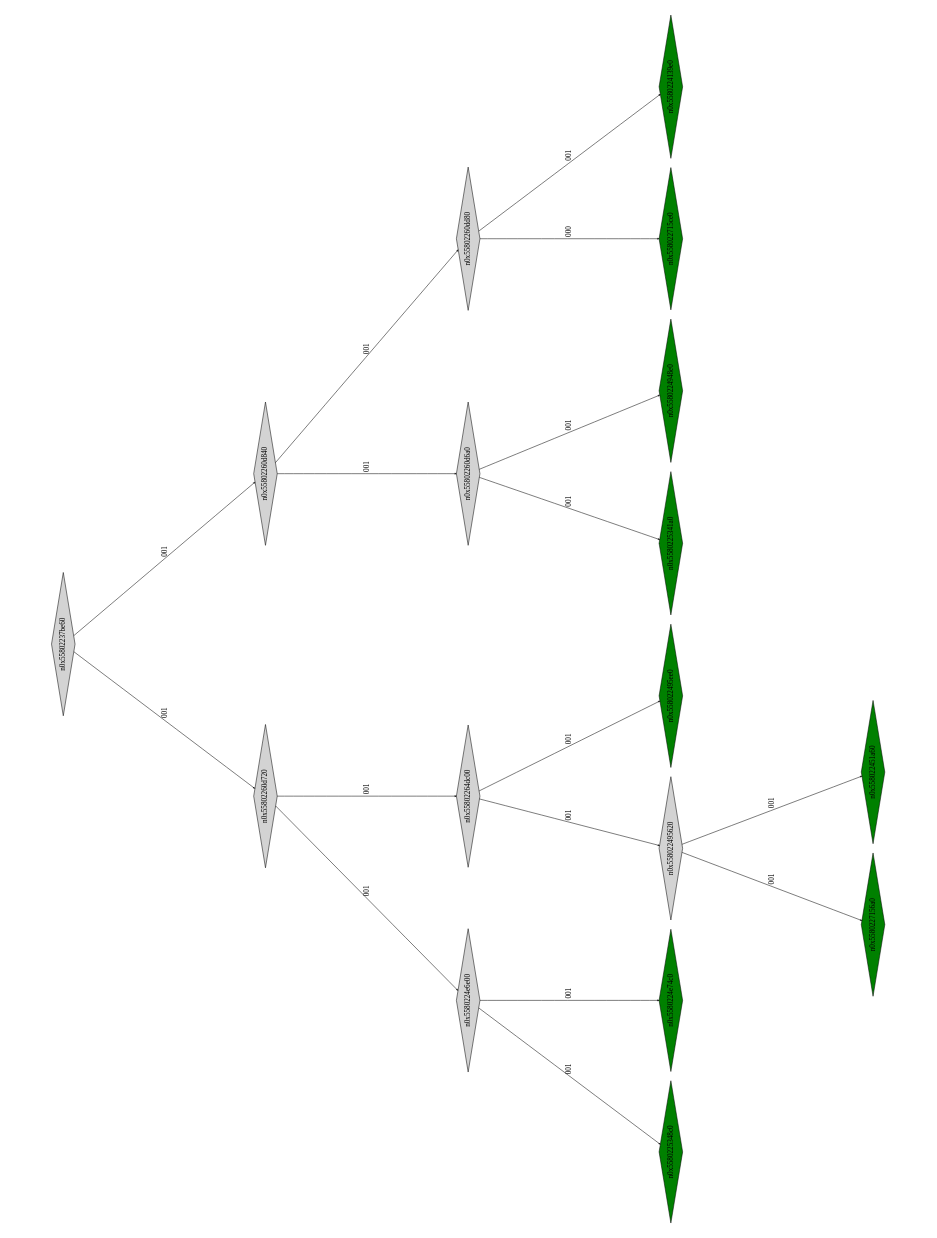
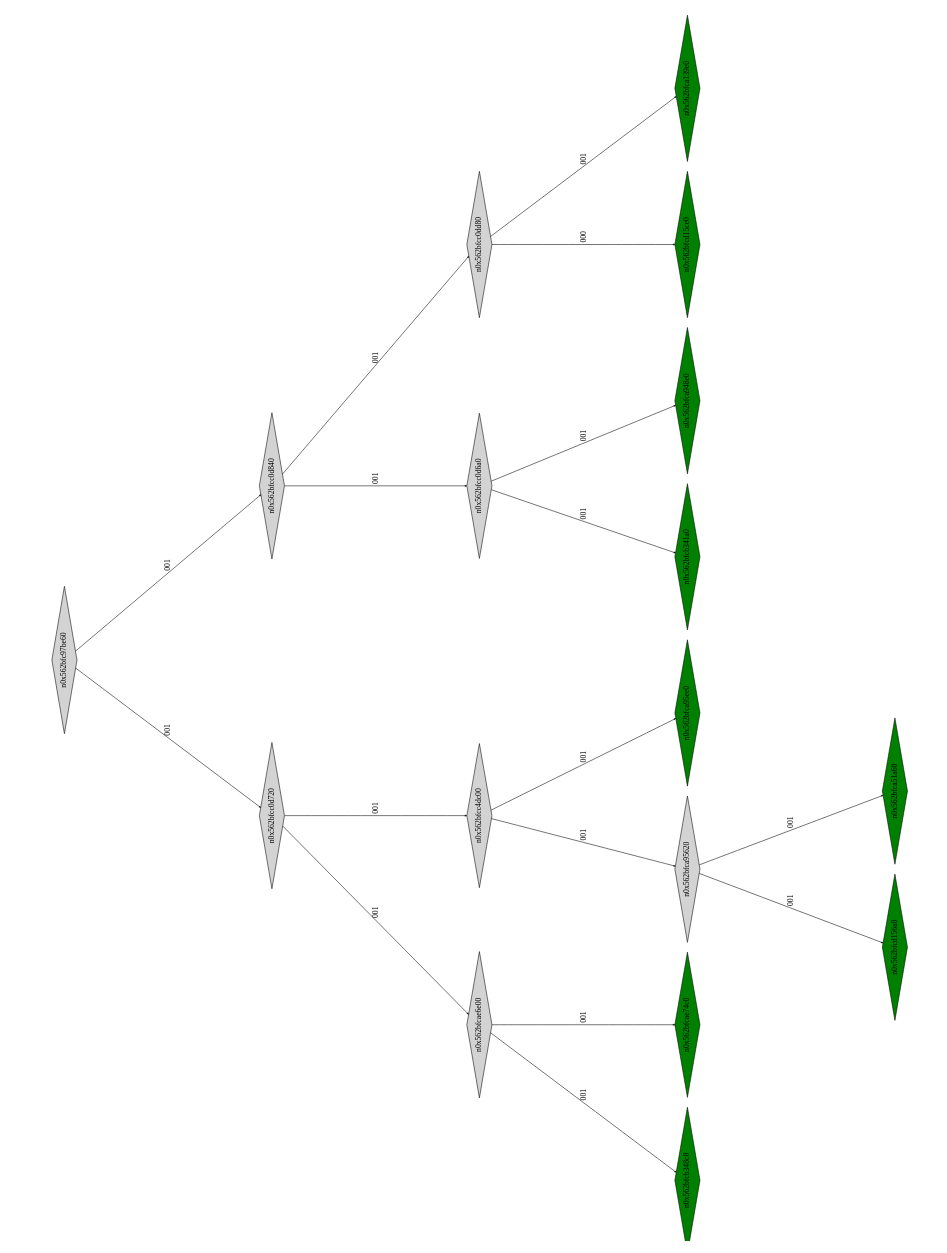
One commit to Research-Tools-PAVT/PSE-Program-Examples changed the diagram in montyhall_klee_out/ptree_00020970.dot. Above: the diagram before and after it, drawn with Graphviz. The commit also changed 60 other files, not shown here.

```diff
--- a/montyhall_klee_out/ptree_00020970.dot
+++ b/montyhall_klee_out/ptree_00020970.dot
@@ -1,41 +1,41 @@
 digraph G {
 	size="10,7.5";
 	ratio=fill;
 	rotate=90;
 	center = "true";
 	node [style="filled",width=.1,height=.1,fontname="Terminus"]
 	edge [arrowsize=.3]
-	n0x55802237be60 [shape=diamond];
-	n0x55802237be60 -> n0x55802260d720 [label=001];
-	n0x55802237be60 -> n0x55802260d840 [label=001];
-	n0x55802260d840 [shape=diamond];
-	n0x55802260d840 -> n0x55802260d6a0 [label=001];
-	n0x55802260d840 -> n0x55802260dd80 [label=001];
-	n0x55802260dd80 [shape=diamond];
-	n0x55802260dd80 -> n0x558022715ce0 [label=000];
-	n0x55802260dd80 -> n0x5580224139e0 [label=001];
-	n0x5580224139e0 [shape=diamond,fillcolor=green];
-	n0x558022715ce0 [shape=diamond,fillcolor=green];
-	n0x55802260d6a0 [shape=diamond];
-	n0x55802260d6a0 -> n0x5580225341a0 [label=001];
-	n0x55802260d6a0 -> n0x5580224948e0 [label=001];
-	n0x5580224948e0 [shape=diamond,fillcolor=green];
-	n0x5580225341a0 [shape=diamond,fillcolor=green];
-	n0x55802260d720 [shape=diamond];
-	n0x55802260d720 -> n0x5580224e6e00 [label=001];
-	n0x55802260d720 -> n0x55802264dc00 [label=001];
-	n0x55802264dc00 [shape=diamond];
-	n0x55802264dc00 -> n0x558022495620 [label=001];
-	n0x55802264dc00 -> n0x558022495ee0 [label=001];
-	n0x558022495ee0 [shape=diamond,fillcolor=green];
-	n0x558022495620 [shape=diamond];
-	n0x558022495620 -> n0x5580227156a0 [label=001];
-	n0x558022495620 -> n0x558022451a60 [label=001];
-	n0x558022451a60 [shape=diamond,fillcolor=green];
-	n0x5580227156a0 [shape=diamond,fillcolor=green];
-	n0x5580224e6e00 [shape=diamond];
-	n0x5580224e6e00 -> n0x5580225348c0 [label=001];
-	n0x5580224e6e00 -> n0x5580224e74c0 [label=001];
-	n0x5580224e74c0 [shape=diamond,fillcolor=green];
-	n0x5580225348c0 [shape=diamond,fillcolor=green];
+	n0x562bfc97be60 [shape=diamond];
+	n0x562bfc97be60 -> n0x562bfcc0d720 [label=001];
+	n0x562bfc97be60 -> n0x562bfcc0d840 [label=001];
+	n0x562bfcc0d840 [shape=diamond];
+	n0x562bfcc0d840 -> n0x562bfcc0d6a0 [label=001];
+	n0x562bfcc0d840 -> n0x562bfcc0dd80 [label=001];
+	n0x562bfcc0dd80 [shape=diamond];
+	n0x562bfcc0dd80 -> n0x562bfcd15ce0 [label=000];
+	n0x562bfcc0dd80 -> n0x562bfca139e0 [label=001];
+	n0x562bfca139e0 [shape=diamond,fillcolor=green];
+	n0x562bfcd15ce0 [shape=diamond,fillcolor=green];
+	n0x562bfcc0d6a0 [shape=diamond];
+	n0x562bfcc0d6a0 -> n0x562bfcb341a0 [label=001];
+	n0x562bfcc0d6a0 -> n0x562bfca948e0 [label=001];
+	n0x562bfca948e0 [shape=diamond,fillcolor=green];
+	n0x562bfcb341a0 [shape=diamond,fillcolor=green];
+	n0x562bfcc0d720 [shape=diamond];
+	n0x562bfcc0d720 -> n0x562bfcae6e00 [label=001];
+	n0x562bfcc0d720 -> n0x562bfcc4dc00 [label=001];
+	n0x562bfcc4dc00 [shape=diamond];
+	n0x562bfcc4dc00 -> n0x562bfca95620 [label=001];
+	n0x562bfcc4dc00 -> n0x562bfca95ee0 [label=001];
+	n0x562bfca95ee0 [shape=diamond,fillcolor=green];
+	n0x562bfca95620 [shape=diamond];
+	n0x562bfca95620 -> n0x562bfcd156a0 [label=001];
+	n0x562bfca95620 -> n0x562bfca51a60 [label=001];
+	n0x562bfca51a60 [shape=diamond,fillcolor=green];
+	n0x562bfcd156a0 [shape=diamond,fillcolor=green];
+	n0x562bfcae6e00 [shape=diamond];
+	n0x562bfcae6e00 -> n0x562bfcb348c0 [label=001];
+	n0x562bfcae6e00 -> n0x562bfcae74c0 [label=001];
+	n0x562bfcae74c0 [shape=diamond,fillcolor=green];
+	n0x562bfcb348c0 [shape=diamond,fillcolor=green];
 }
```
